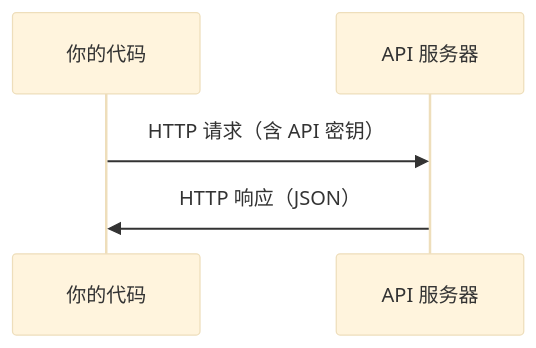
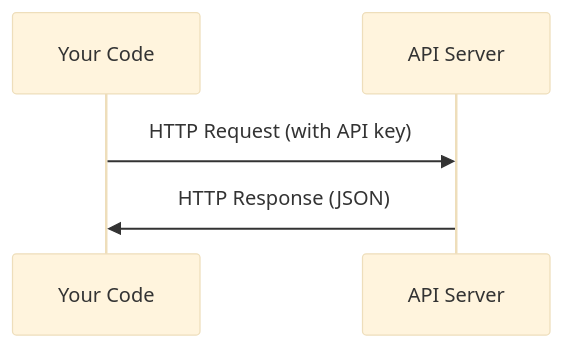
One commit to xiaojiaenen/ai-engineering-from-scratch-zh changed the diagram in i18n/zh/phases/00-setup-and-tooling/04-apis-and-keys/docs/zh.md. Above: the diagram before and after it, drawn with Mermaid (base theme). The commit also changed other lines of this file and 12 other files, not shown here.

````diff
--- a/i18n/zh/phases/00-setup-and-tooling/04-apis-and-keys/docs/zh.md
+++ b/i18n/zh/phases/00-setup-and-tooling/04-apis-and-keys/docs/zh.md
@@ -23,7 +23,7 @@
 ```mermaid
 sequenceDiagram
-    participant C as 你的代码
-    participant S as API 服务器
-    C->>S: HTTP 请求（含 API 密钥）
-    S->>C: HTTP 响应（JSON）
+    participant C as Your Code
+    participant S as API Server
+    C->>S: HTTP Request (with API key)
+    S->>C: HTTP Response (JSON)
 ```
````
